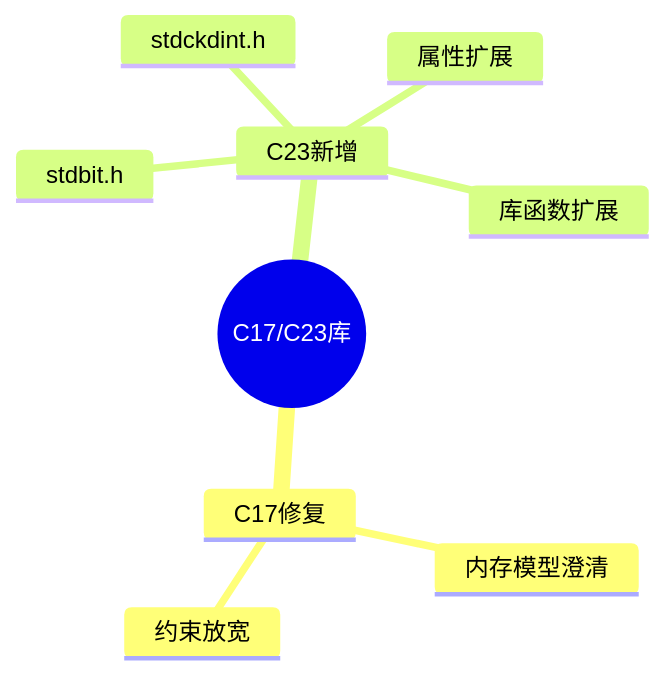
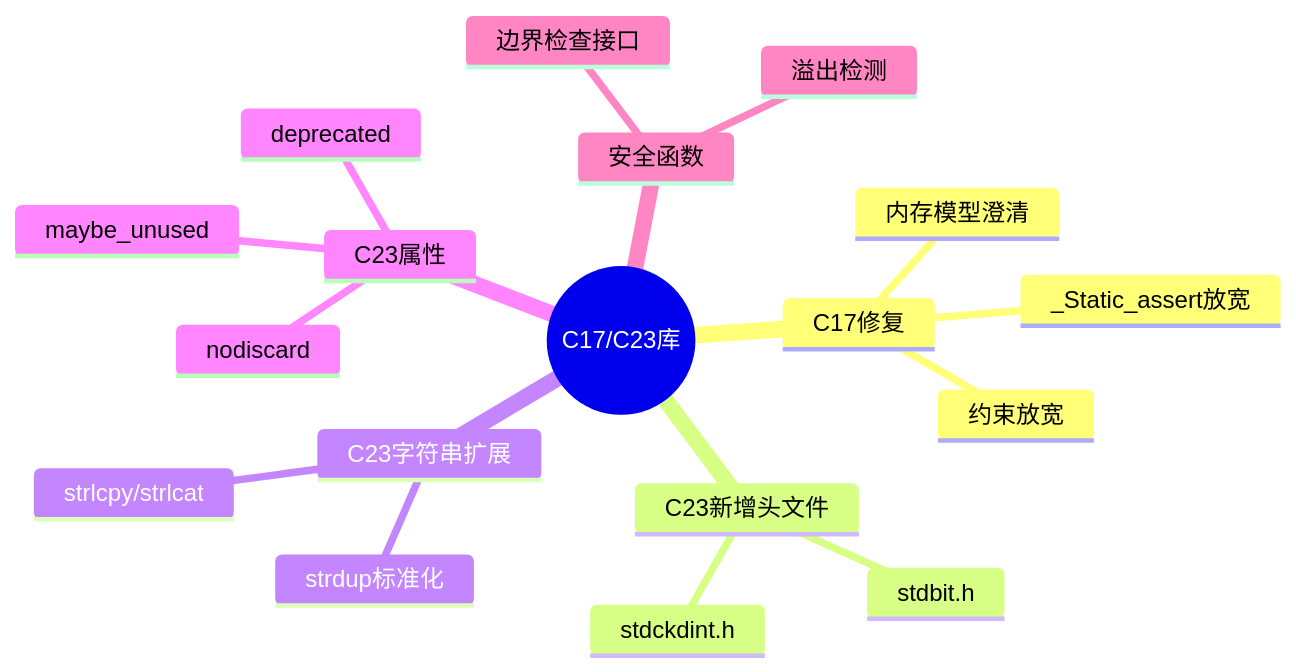
One commit to AdaMartin18010/C_Lang changed the diagram in knowledge/01_Core_Knowledge_System/04_Standard_Library_Layer/04_C17_C23_Library.md. Above: the diagram before and after it, drawn with Mermaid. The commit also changed other lines of this file and 8 other files, not shown here.

````diff
--- a/knowledge/01_Core_Knowledge_System/04_Standard_Library_Layer/04_C17_C23_Library.md
+++ b/knowledge/01_Core_Knowledge_System/04_Standard_Library_Layer/04_C17_C23_Library.md
@@ -23,12 +23,21 @@
 ```mermaid
 mindmap
   root((C17/C23库))
     C17修复
       内存模型澄清
+      _Static_assert放宽
       约束放宽
-    C23新增
+    C23新增头文件
       stdbit.h
       stdckdint.h
-      属性扩展
-      库函数扩展
+    C23字符串扩展
+      strdup标准化
+      strlcpy/strlcat
+    C23属性
+      nodiscard
+      deprecated
+      maybe_unused
+    安全函数
+      边界检查接口
+      溢出检测
 ```
````
